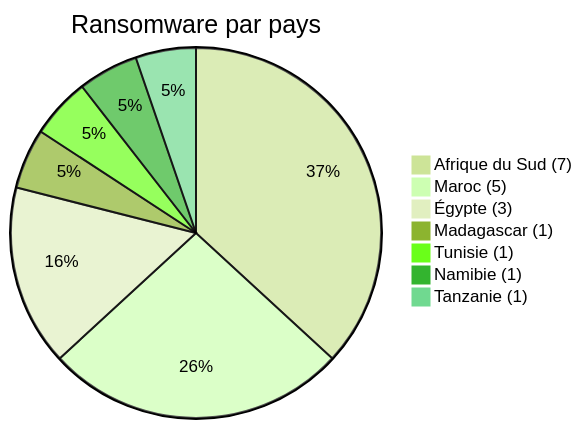
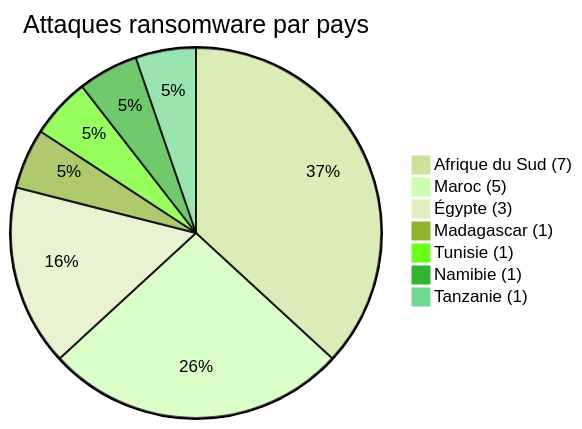
One commit to Hatchepsoute/AFRINTEL changed the second of 5 diagrams in CyberAttackAfrica/2026/03-march/README_FR.md. Above: the diagram before and after it, drawn with Mermaid (forest theme). The commit also changed other lines of this file and 5 other files, not shown here.

````diff
--- a/CyberAttackAfrica/2026/03-march/README_FR.md
+++ b/CyberAttackAfrica/2026/03-march/README_FR.md
@@ -98,11 +98,11 @@
 ```mermaid
 pie
- title Ransomware par pays
+ title Attaques ransomware par pays
  "Afrique du Sud (7)" : 7
  "Maroc (5)" : 5
  "Égypte (3)" : 3
  "Madagascar (1)" : 1
  "Tunisie (1)" : 1
  "Namibie (1)" : 1
  "Tanzanie (1)" : 1
 ```
````
